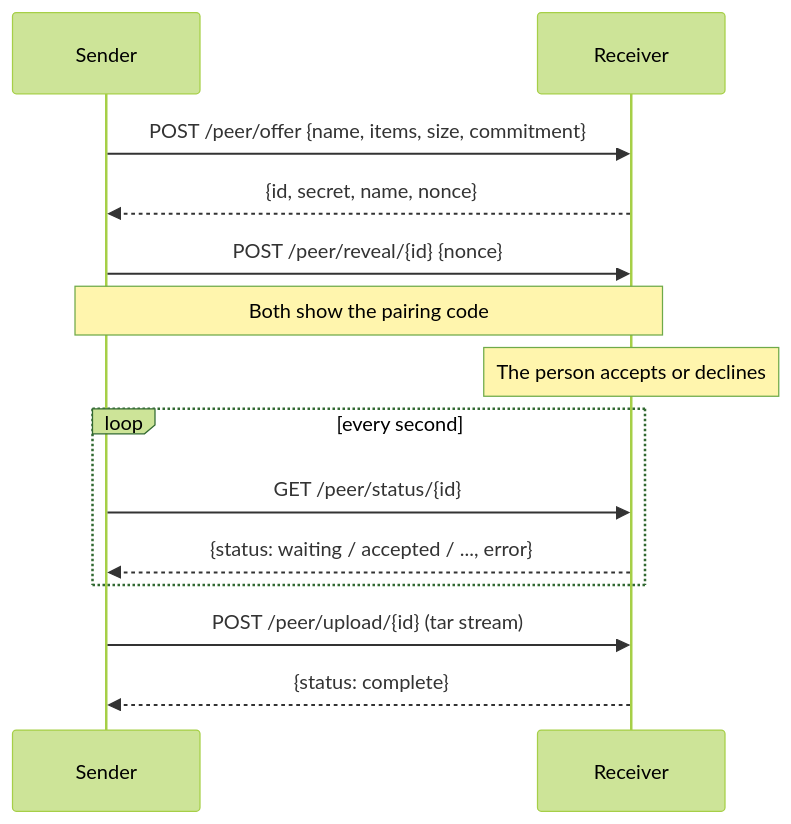
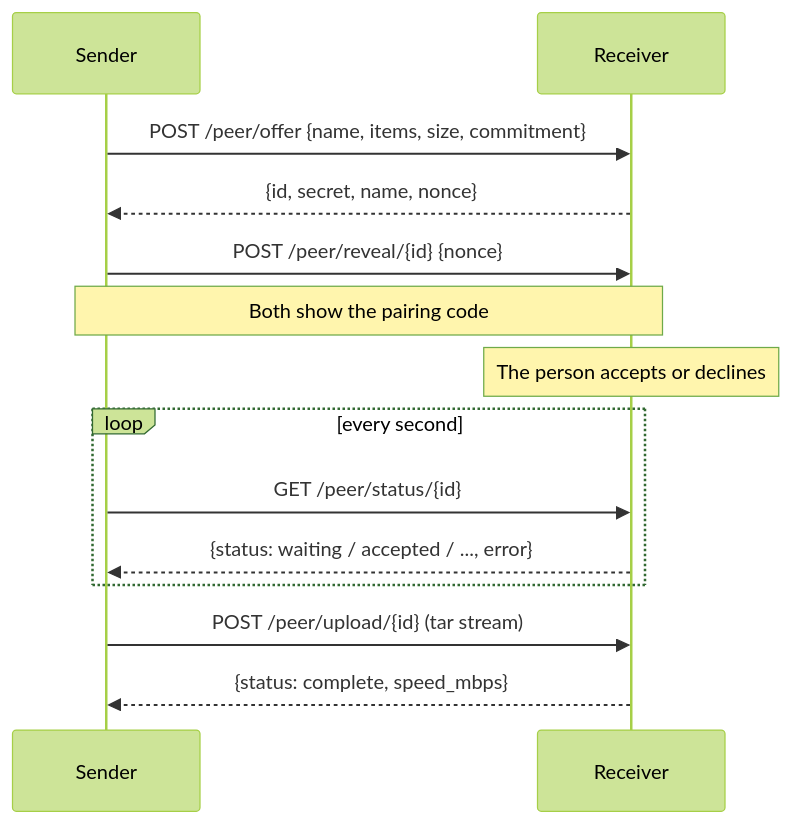
Before and after one commit to sprytnyk/loka: the second of 2 diagrams in PROTOCOL.md, drawn with Mermaid (forest theme). The commit also changed other lines of this file and 4 other files, not shown here.

````diff
--- a/PROTOCOL.md
+++ b/PROTOCOL.md
@@ -91,16 +91,16 @@
 ```mermaid
 sequenceDiagram
     participant S as Sender
     participant R as Receiver
     S->>R: POST /peer/offer {name, items, size, commitment}
     R-->>S: {id, secret, name, nonce}
     S->>R: POST /peer/reveal/{id} {nonce}
     Note over S,R: Both show the pairing code
     Note over R: The person accepts or declines
     loop every second
         S->>R: GET /peer/status/{id}
         R-->>S: {status: waiting / accepted / ..., error}
     end
     S->>R: POST /peer/upload/{id} (tar stream)
-    R-->>S: {status: complete}
+    R-->>S: {status: complete, speed_mbps}
 ```
````
